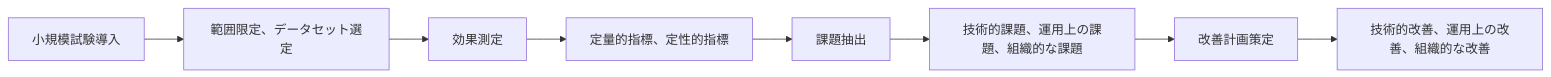
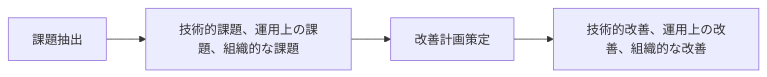
The ninth of 18 diagrams in README.md (SparklingDetergent/doc_genai_How_to_evaluate_the_cost-effectiveness_of_using_generative_AI_for_business_purposes), drawn with Mermaid before and after one commit. The commit also changed other lines of this file, not shown here.

````diff
--- a/README.md
+++ b/README.md
@@ -255,10 +262,6 @@
 ```mermaid
 graph LR
-    A[小規模試験導入] --> B[範囲限定、データセット選定]
-    B --> C[効果測定]
-    C --> D[定量的指標、定性的指標]
-    D --> E[課題抽出]
-    E --> F[技術的課題、運用上の課題、組織的な課題]
+    E[課題抽出] --> F[技術的課題、運用上の課題、組織的な課題]
     F --> G[改善計画策定]
     G --> H[技術的改善、運用上の改善、組織的な改善]
 ```
````
